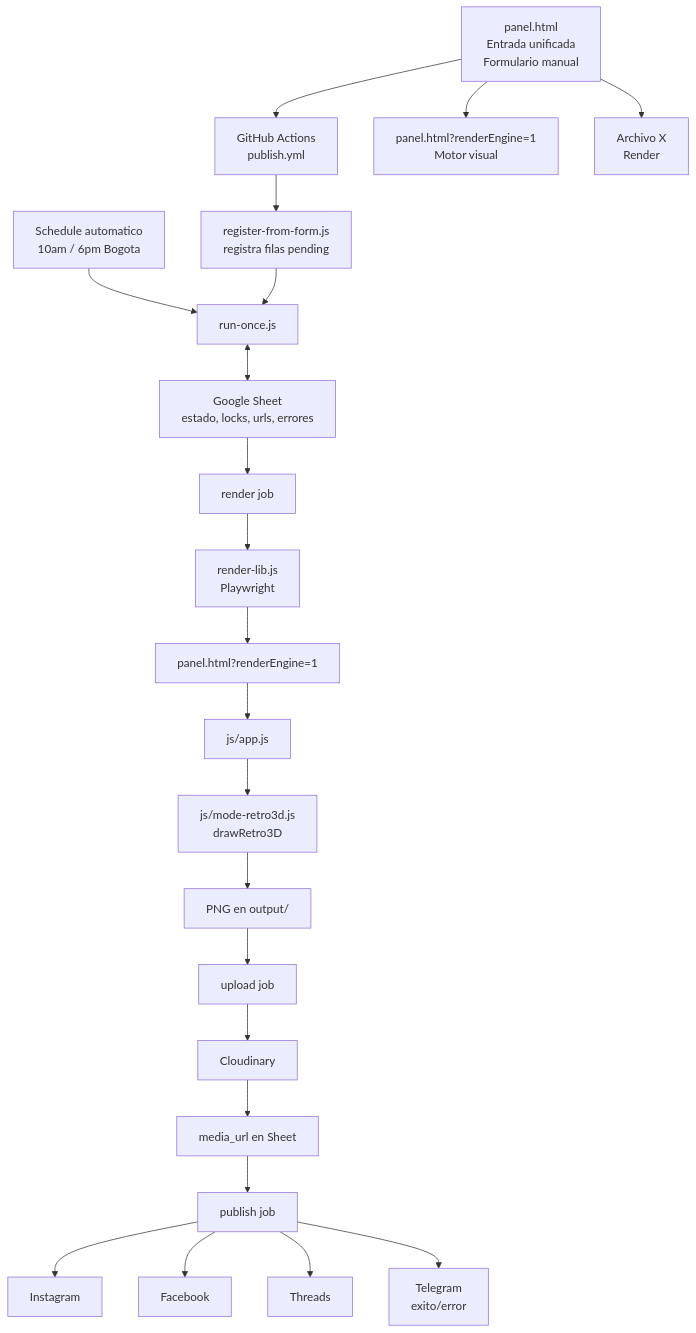
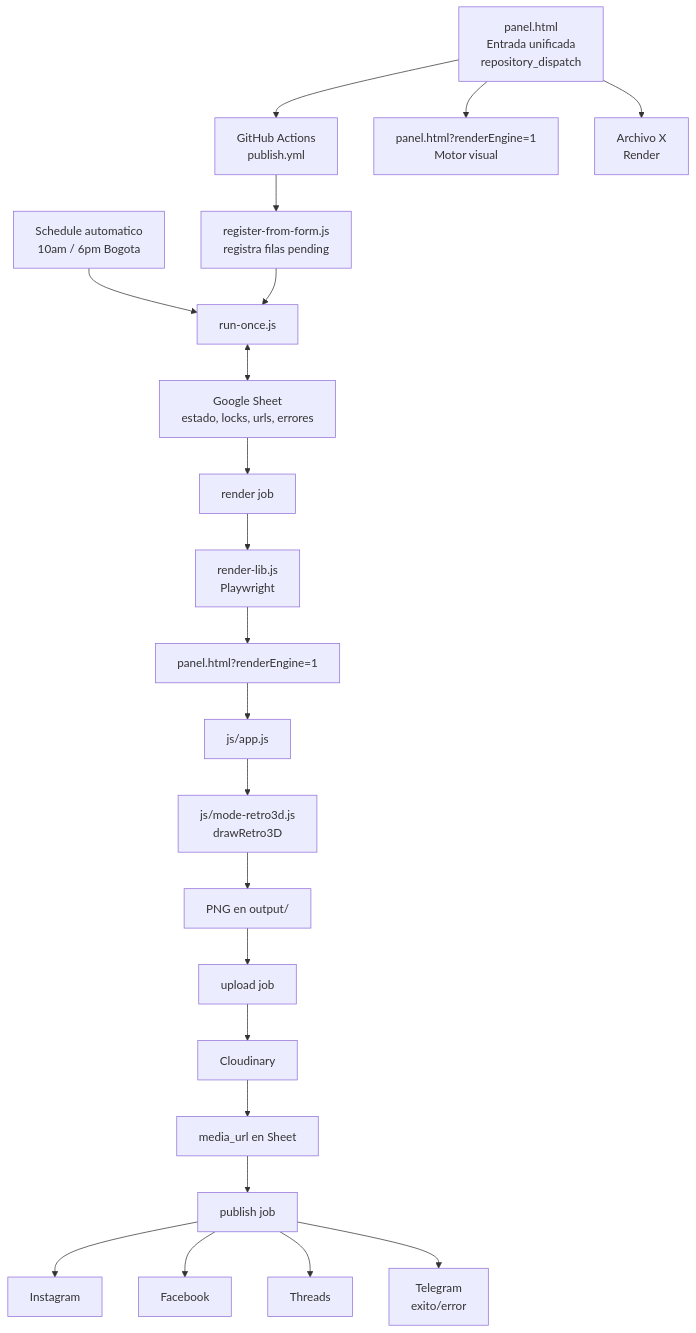
Before and after one commit to viktoriavikulya/frase-generator-v2: the first of 3 diagrams in docs/architecture/mapa-del-proyecto.md, drawn with Mermaid. The commit also changed other lines of this file and 5 other files, not shown here.

````diff
--- a/docs/architecture/mapa-del-proyecto.md
+++ b/docs/architecture/mapa-del-proyecto.md
@@ -9,29 +9,29 @@
 ```mermaid
 flowchart TD
-  Z[panel.html<br/>Entrada unificada<br/>Formulario manual] --> A[GitHub Actions<br/>publish.yml]
+  Z[panel.html<br/>Entrada unificada<br/>repository_dispatch] --> A[GitHub Actions<br/>publish.yml]
   Z --> Y[panel.html?renderEngine=1<br/>Motor visual]
   Z --> X[Archivo X<br/>Render]
   A --> C[register-from-form.js<br/>registra filas pending]
 
   D[Schedule automatico<br/>10am / 6pm Bogota] --> E[run-once.js]
   C --> E
 
   E <--> F[Google Sheet<br/>estado, locks, urls, errores]
 
   F --> G[render job]
   G --> H[render-lib.js<br/>Playwright]
   H --> I[panel.html?renderEngine=1]
   I --> J[js/app.js]
   J --> K[js/mode-retro3d.js<br/>drawRetro3D]
   K --> L[PNG en output/]
 
   L --> M[upload job]
   M --> N[Cloudinary]
   N --> O[media_url en Sheet]
 
   O --> P[publish job]
   P --> Q[Instagram]
   P --> R[Facebook]
   P --> S[Threads]
   P --> T[Telegram<br/>exito/error]
 ```
````
